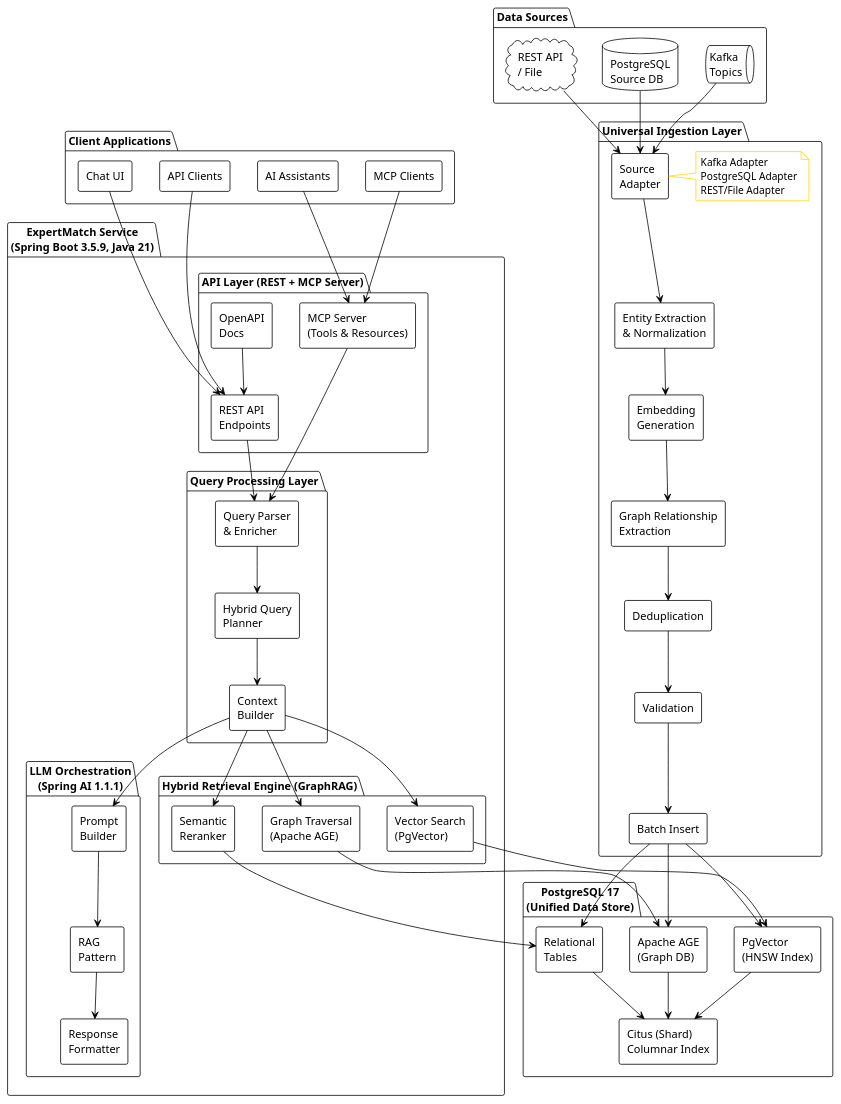
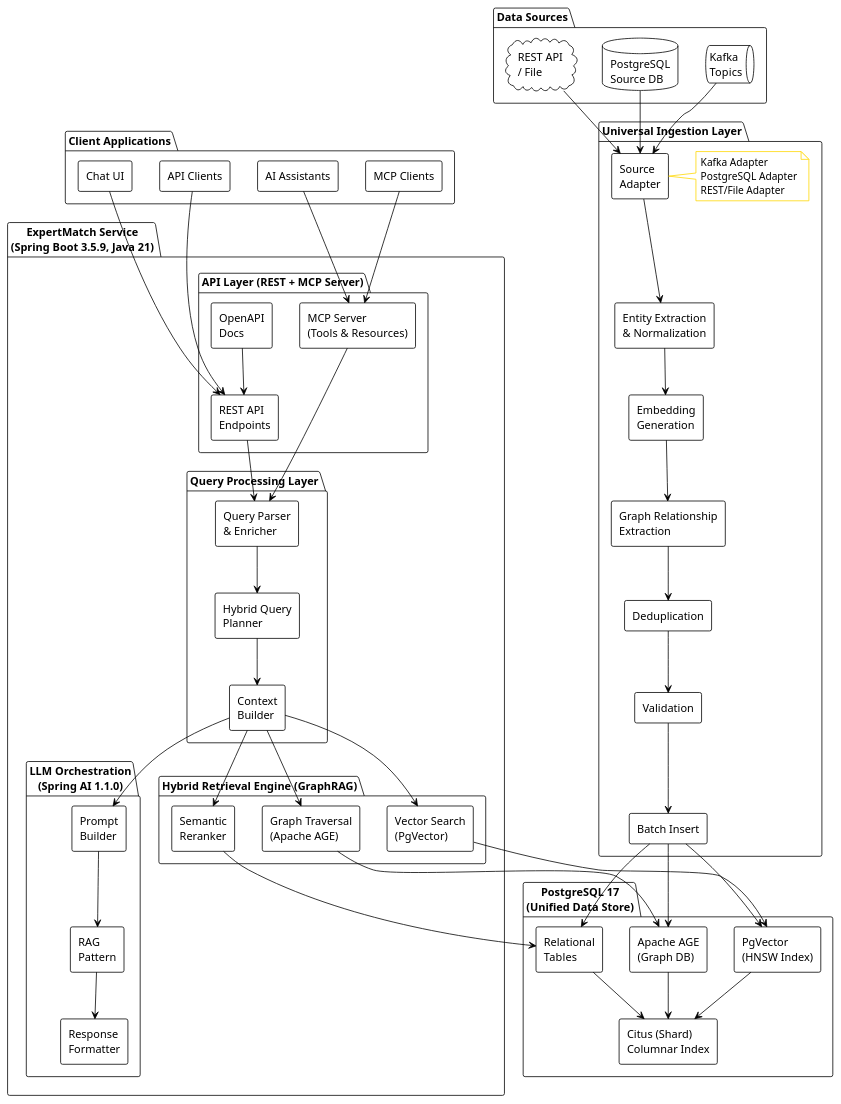
One commit to berdachuk/expert-match-ce changed the fifth of 13 diagrams in docs/ExpertMatch.md. Above: the diagram before and after it, drawn with PlantUML. The commit also changed other lines of this file and 100 other files, not shown here.

```diff
--- a/docs/ExpertMatch.md
+++ b/docs/ExpertMatch.md
@@ -741,7 +748,7 @@
     [Semantic\nReranker] as Reranker
   }
   
-  package "LLM Orchestration\n(Spring AI 1.1.1)" {
+  package "LLM Orchestration\n(Spring AI 1.1.0)" {
     [Prompt\nBuilder] as PromptBuilder
     [RAG\nPattern] as RAGPattern
     [Response\nFormatter] as ResponseFormatter
```
